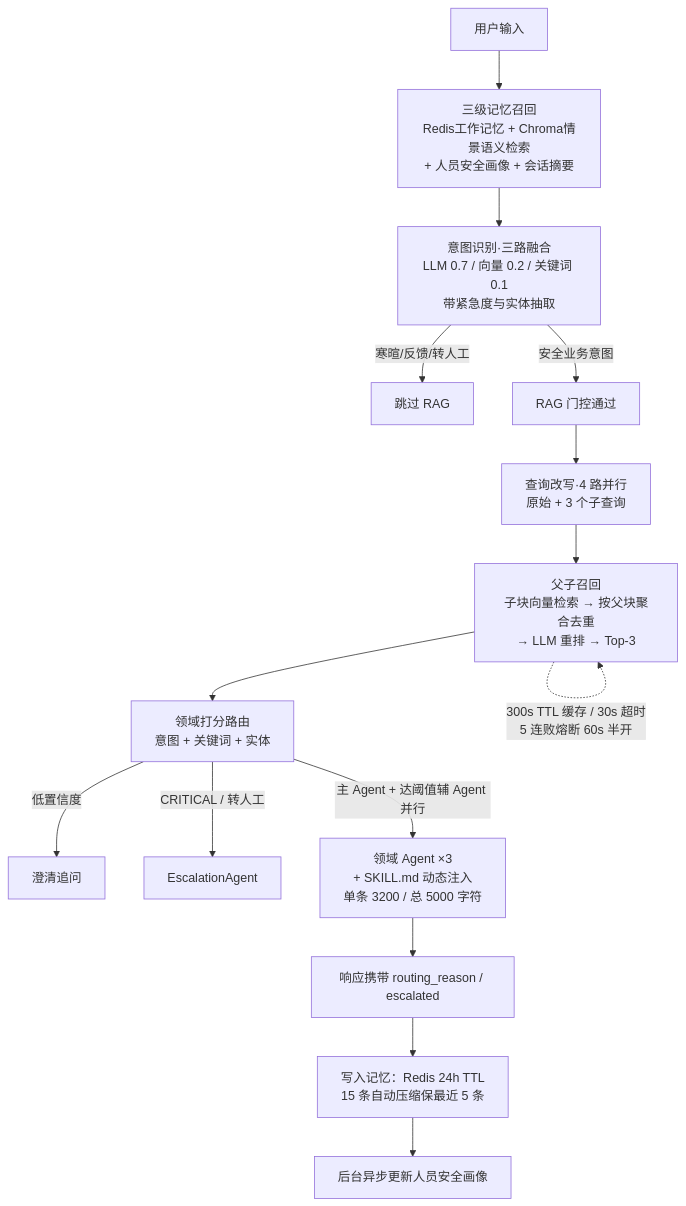
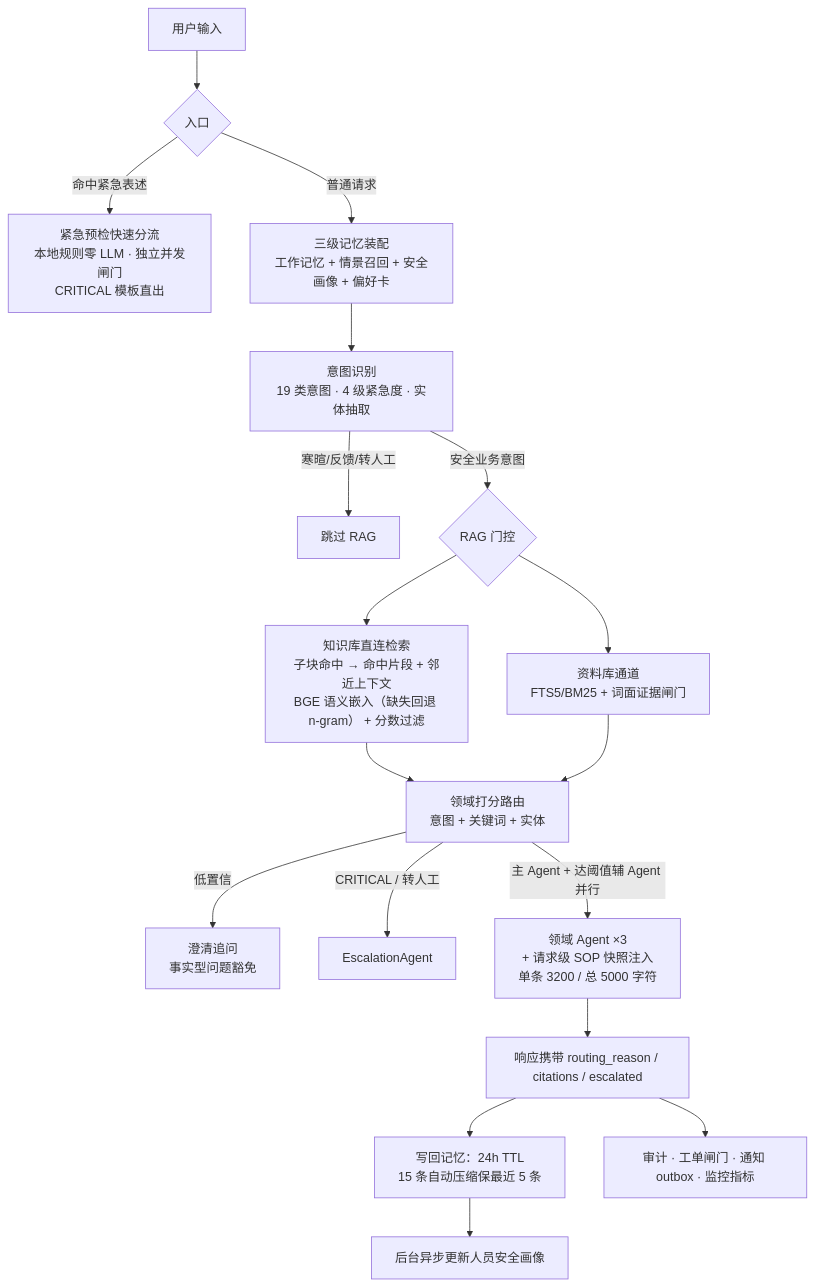
One commit to Nagrax/SafetyMind changed the diagram in README.md. Above: the diagram before and after it, drawn with Mermaid. The commit also changed other lines of this file, not shown here.

````diff
--- a/README.md
+++ b/README.md
@@ -74,17 +65,20 @@
 ```mermaid
 flowchart TB
-    U["用户输入"] --> M["三级记忆召回<br/>Redis工作记忆 + Chroma情景语义检索<br/>+ 人员安全画像 + 会话摘要"]
-    M --> I["意图识别·三路融合<br/>LLM 0.7 / 向量 0.2 / 关键词 0.1<br/>带紧急度与实体抽取"]
+    U["用户输入"] --> EP{"入口"}
+    EP -->|"命中紧急表述"| EM["紧急预检快速分流<br/>本地规则零 LLM · 独立并发闸门<br/>CRITICAL 模板直出"]
+    EP -->|"普通请求"| M["三级记忆装配<br/>工作记忆 + 情景召回 + 安全画像 + 偏好卡"]
+    M --> I["意图识别<br/>19 类意图 · 4 级紧急度 · 实体抽取"]
     I -->|"寒暄/反馈/转人工"| SKIP["跳过 RAG"]
-    I -->|"安全业务意图"| G["RAG 门控通过"]
-    G --> Q["查询改写·4 路并行<br/>原始 + 3 个子查询"]
-    Q --> R["父子召回<br/>子块向量检索 → 按父块聚合去重<br/>→ LLM 重排 → Top-3"]
-    R -.->|"300s TTL 缓存 / 30s 超时<br/>5 连败熔断 60s 半开"| R
-    R --> D["领域打分路由<br/>意图 + 关键词 + 实体"]
-    D -->|"低置信度"| C["澄清追问"]
+    I -->|"安全业务意图"| G{"RAG 门控"}
+    G --> KB["知识库直连检索<br/>子块命中 → 命中片段 + 邻近上下文<br/>BGE 语义嵌入（缺失回退 n-gram） + 分数过滤"]
+    G --> CP["资料库通道<br/>FTS5/BM25 + 词面证据闸门"]
+    KB --> D["领域打分路由<br/>意图 + 关键词 + 实体"]
+    CP --> D
+    D -->|"低置信"| C["澄清追问<br/>事实型问题豁免"]
     D -->|"CRITICAL / 转人工"| E["EscalationAgent"]
-    D -->|"主 Agent + 达阈值辅 Agent 并行"| A["领域 Agent ×3<br/>+ SKILL.md 动态注入<br/>单条 3200 / 总 5000 字符"]
-    A --> O["响应携带 routing_reason / escalated"]
-    O --> W["写入记忆：Redis 24h TTL<br/>15 条自动压缩保最近 5 条"]
+    D -->|"主 Agent + 达阈值辅 Agent 并行"| A["领域 Agent ×3<br/>+ 请求级 SOP 快照注入<br/>单条 3200 / 总 5000 字符"]
+    A --> O["响应携带 routing_reason / citations / escalated"]
+    O --> W["写回记忆：24h TTL<br/>15 条自动压缩保最近 5 条"]
     W --> P["后台异步更新人员安全画像"]
+    O --> T["审计 · 工单闸门 · 通知 outbox · 监控指标"]
 ```
````
